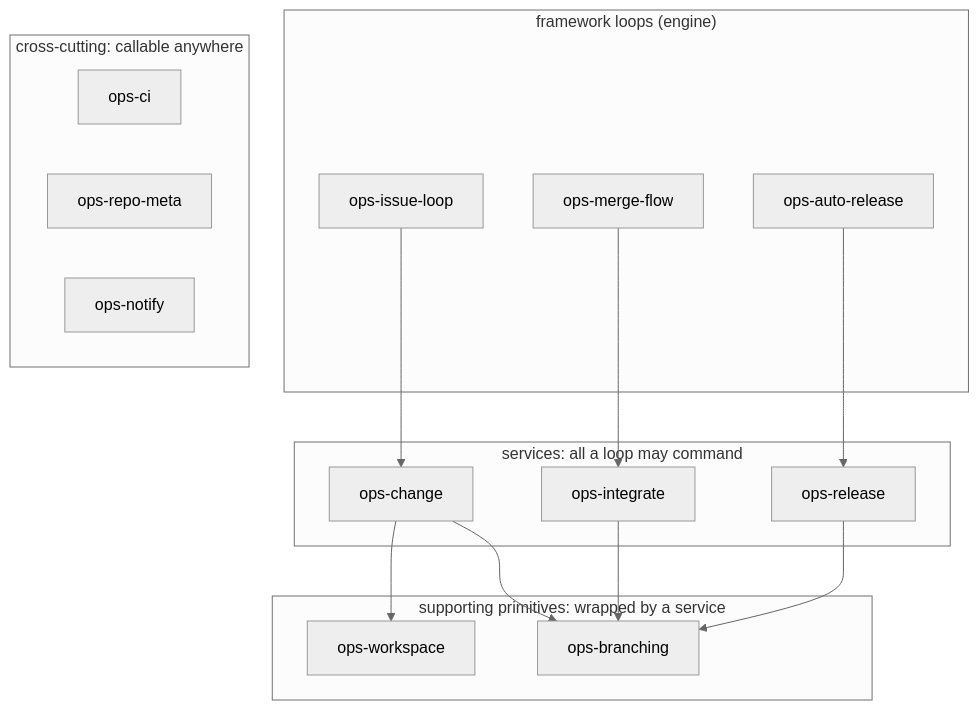
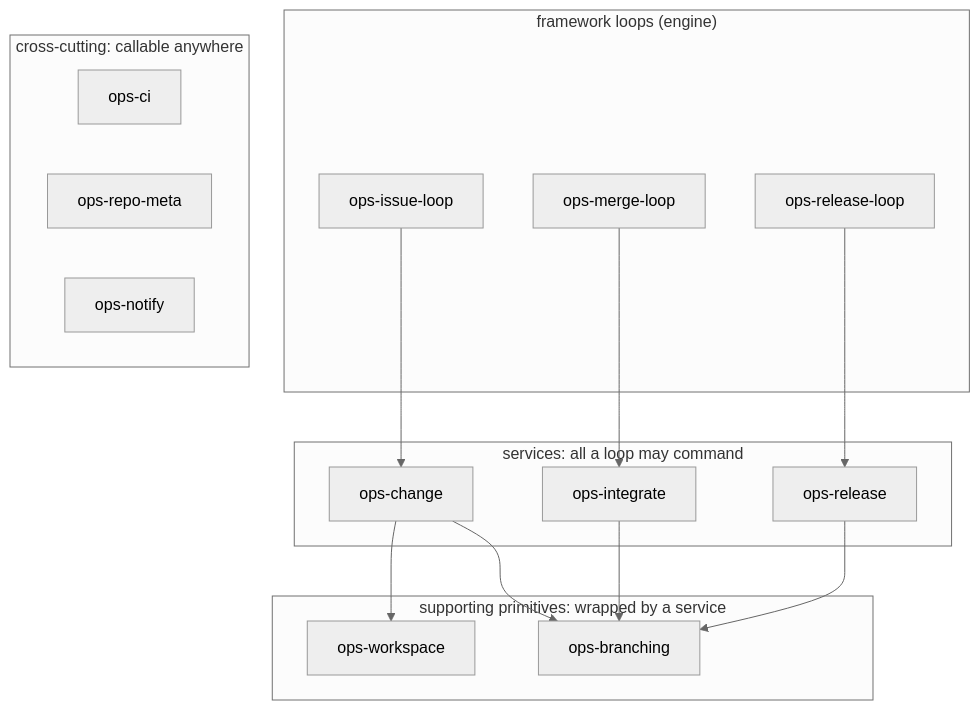
The third of 3 diagrams in README.md (umbraco/umbraco-ai-ops), drawn with Mermaid (neutral theme) before and after one commit. The commit also changed 2 other files, not shown here.

First paragraph of the commit message:
docs: name every framework loop ops-<noun>-loop
Raised in review on PR 4: the loop names had three different shapes, a
-loop suffix on one, -flow on another, an auto- prefix on a third.

````diff
--- a/README.md
+++ b/README.md
@@ -161,29 +161,29 @@
 ```mermaid
 flowchart TD
   subgraph L["framework loops (engine)"]
     IL[ops-issue-loop]
-    MF[ops-merge-flow]
-    AR[ops-auto-release]
+    MF[ops-merge-loop]
+    AR[ops-release-loop]
   end
   subgraph S["services: all a loop may command"]
     CH[ops-change]
     IN[ops-integrate]
     RE[ops-release]
   end
   subgraph P["supporting primitives: wrapped by a service"]
     BR[ops-branching]
     WS[ops-workspace]
   end
   subgraph X["cross-cutting: callable anywhere"]
     CI[ops-ci]
     RM[ops-repo-meta]
     NO[ops-notify]
   end
   IL --> CH
   MF --> IN
   AR --> RE
   CH --> WS
   CH --> BR
   IN --> BR
   RE --> BR
 ```
````
